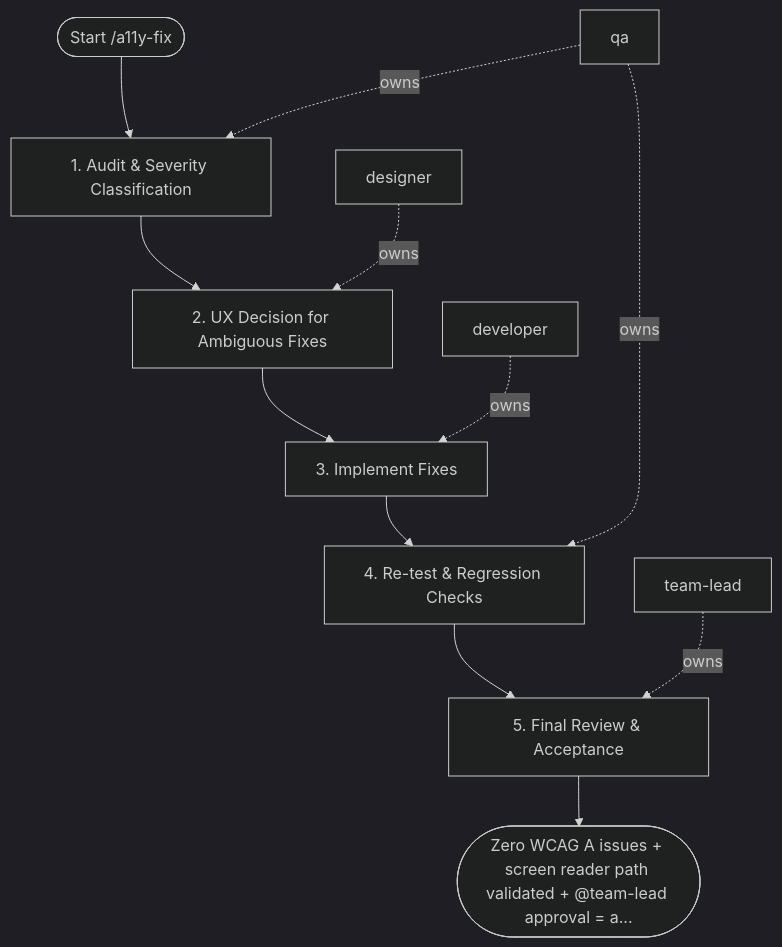
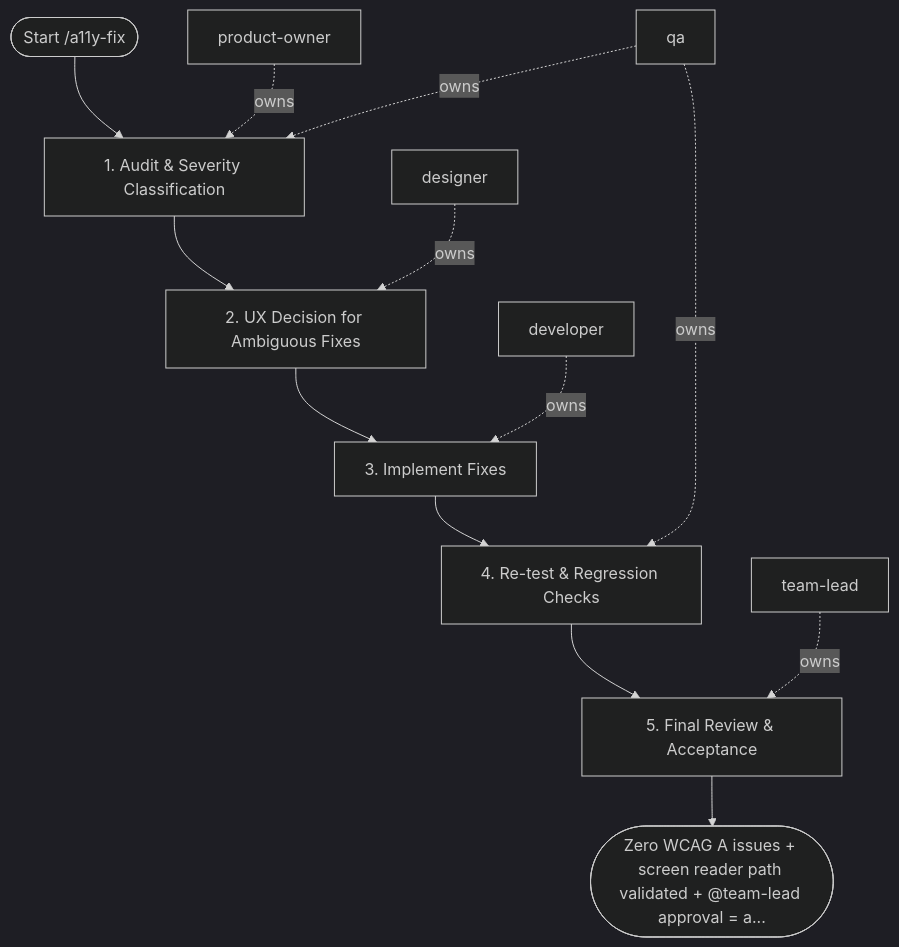
One commit to sawrus/agent-guides changed the diagram in areas/software/frontend/workflows/a11y-fix.md. Above: the diagram before and after it, drawn with Mermaid (dark theme). The commit also changed other lines of this file and 76 other files, not shown here.

Commit message:
Standardize workflow product owner initiation

````diff
--- a/areas/software/frontend/workflows/a11y-fix.md
+++ b/areas/software/frontend/workflows/a11y-fix.md
@@ -65,25 +65,27 @@
 ```mermaid
 flowchart TD
   start(["Start /a11y-fix"])
-  role_1["qa"]
-  role_2["designer"]
-  role_3["developer"]
-  role_4["team-lead"]
+  role_1["product-owner"]
+  role_2["qa"]
+  role_3["designer"]
+  role_4["developer"]
+  role_5["team-lead"]
   step_1["1. Audit & Severity Classification"]
   step_2["2. UX Decision for Ambiguous Fixes"]
   step_3["3. Implement Fixes"]
   step_4["4. Re-test & Regression Checks"]
   step_5["5. Final Review & Acceptance"]
   exit(["Zero WCAG A issues + screen reader path validated + @team-lead approval = a..."])
   start --> step_1
   step_1 --> step_2
   step_2 --> step_3
   step_3 --> step_4
   step_4 --> step_5
   step_5 --> exit
   role_1 -. owns .-> step_1
-  role_2 -. owns .-> step_2
-  role_3 -. owns .-> step_3
-  role_1 -. owns .-> step_4
-  role_4 -. owns .-> step_5
+  role_2 -. owns .-> step_1
+  role_3 -. owns .-> step_2
+  role_4 -. owns .-> step_3
+  role_2 -. owns .-> step_4
+  role_5 -. owns .-> step_5
 ```
````
